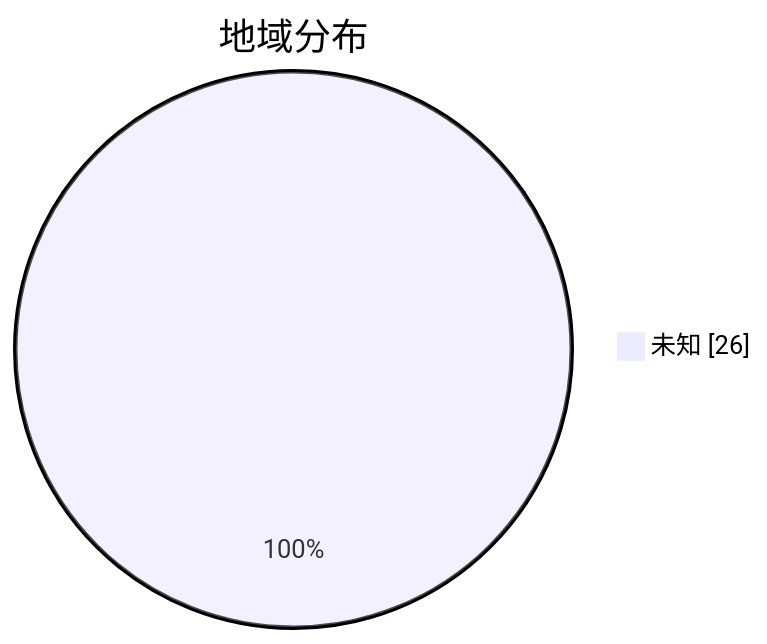
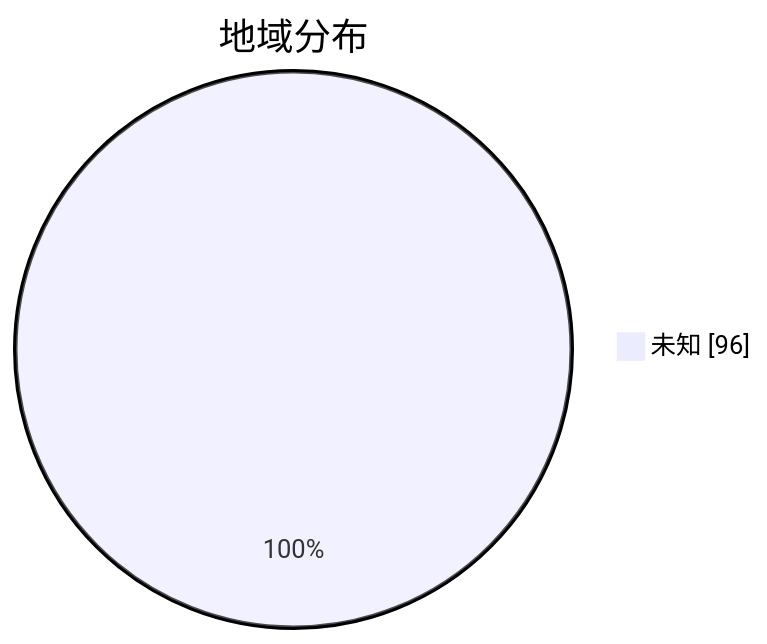
The second of 3 diagrams in subs/statistics/tested_within.md (qjlxg/airport), drawn with Mermaid before and after one commit. The commit also changed other lines of this file and 2 other files, not shown here.

````diff
--- a/subs/statistics/tested_within.md
+++ b/subs/statistics/tested_within.md
@@ -9,5 +12,5 @@
 ```mermaid
 pie showData
 title 地域分布
-"未知" : 26
+"未知" : 96
 ```
````
